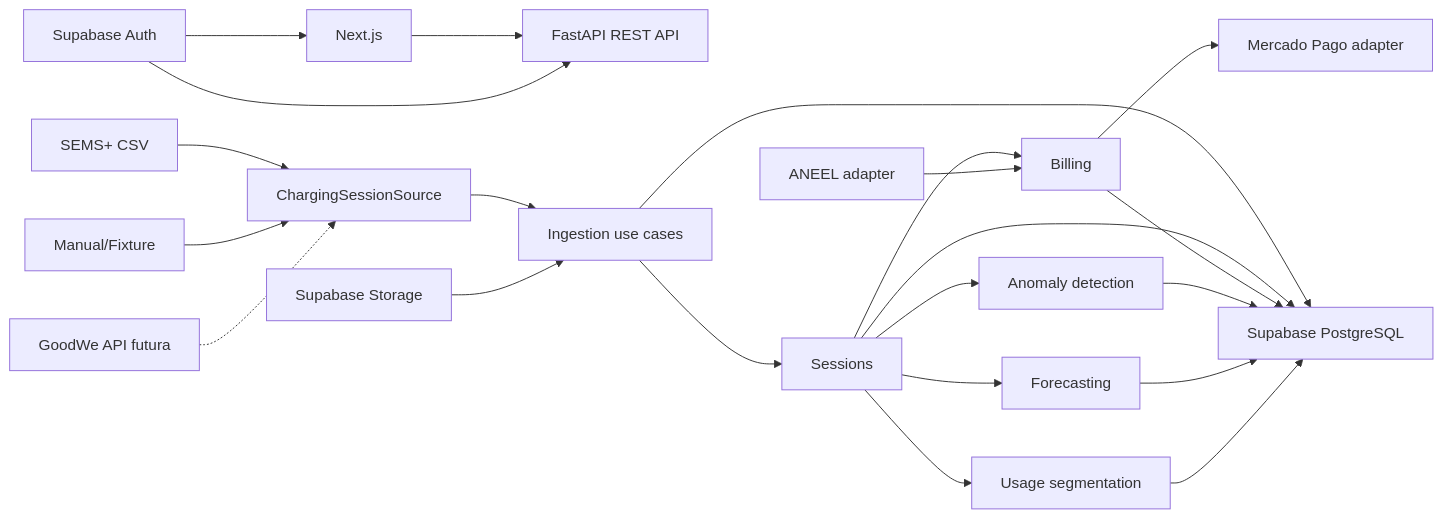
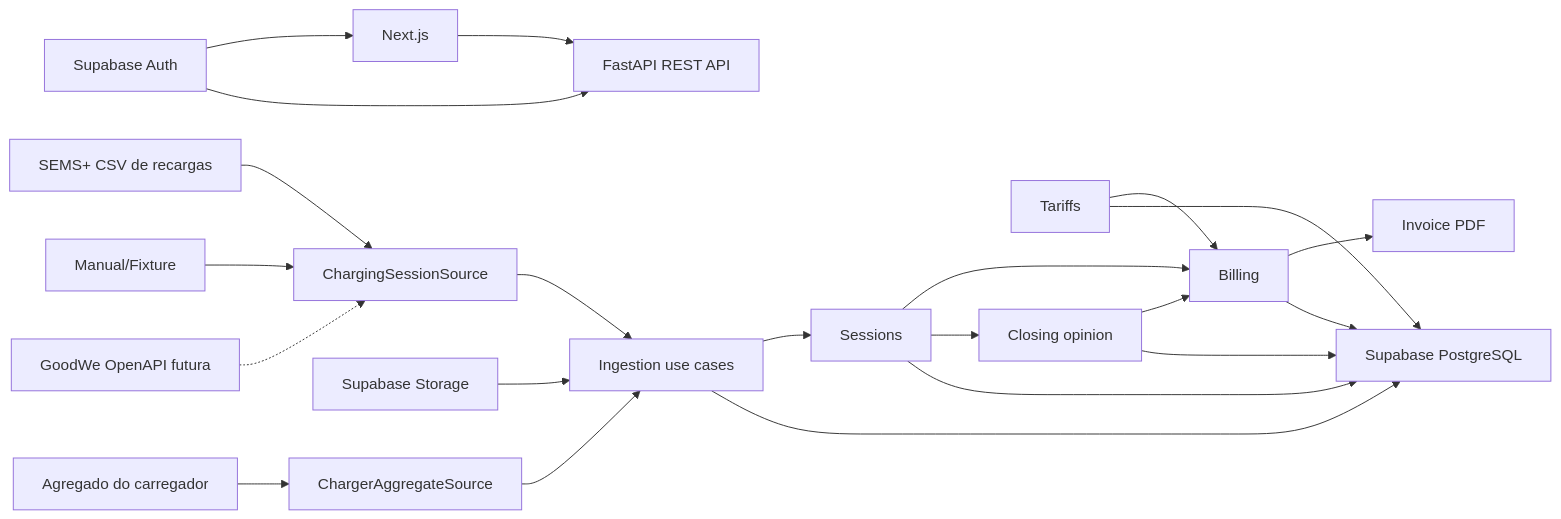
The diagram in docs/technical/ev-chargeops-architecture.md (paulo-faulstich/ev-chargeops), drawn with Mermaid before and after one commit. The commit also changed other lines of this file and 79 other files, not shown here.

````diff
--- a/docs/technical/ev-chargeops-architecture.md
+++ b/docs/technical/ev-chargeops-architecture.md
@@ -29,27 +49,28 @@
 ```mermaid
 flowchart LR
     WEB["Next.js"] --> API["FastAPI REST API"]
     AUTH["Supabase Auth"] --> WEB
     AUTH --> API
 
-    CSV["SEMS+ CSV"] --> PORT["ChargingSessionSource"]
+    CSV["SEMS+ CSV de recargas"] --> PORT["ChargingSessionSource"]
     MANUAL["Manual/Fixture"] --> PORT
-    FUTURE["GoodWe API futura"] -.-> PORT
+    FUTURE["GoodWe OpenAPI futura"] -.-> PORT
     PORT --> INGEST["Ingestion use cases"]
+
+    AGG["Agregado do carregador"] --> AGGPORT["ChargerAggregateSource"]
+    AGGPORT --> INGEST
 
     INGEST --> SESSIONS["Sessions"]
     SESSIONS --> BILLING["Billing"]
-    TARIFF["ANEEL adapter"] --> BILLING
-    BILLING --> PAYMENT["Mercado Pago adapter"]
-    SESSIONS --> ANOMALY["Anomaly detection"]
-    SESSIONS --> FORECAST["Forecasting"]
-    SESSIONS --> SEGMENT["Usage segmentation"]
+    TARIFF["Tariffs"] --> BILLING
+    SESSIONS --> OPINION["Closing opinion"]
+    OPINION --> BILLING
+    BILLING --> PDF["Invoice PDF"]
 
     INGEST --> DB["Supabase PostgreSQL"]
     SESSIONS --> DB
+    TARIFF --> DB
     BILLING --> DB
-    ANOMALY --> DB
-    FORECAST --> DB
-    SEGMENT --> DB
+    OPINION --> DB
     RAW["Supabase Storage"] --> INGEST
 ```
````
